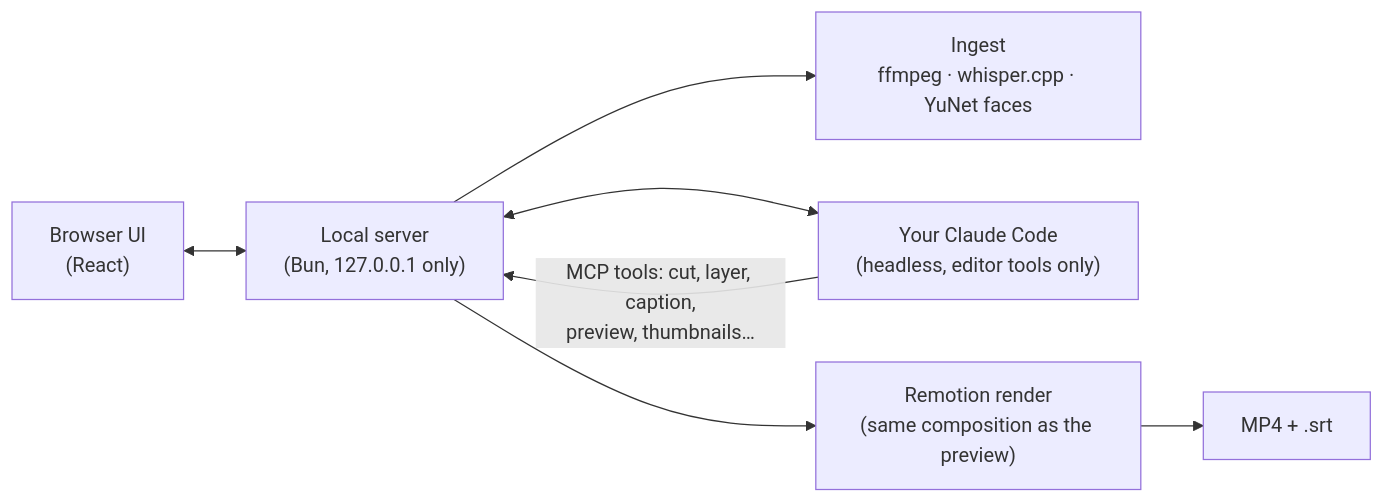
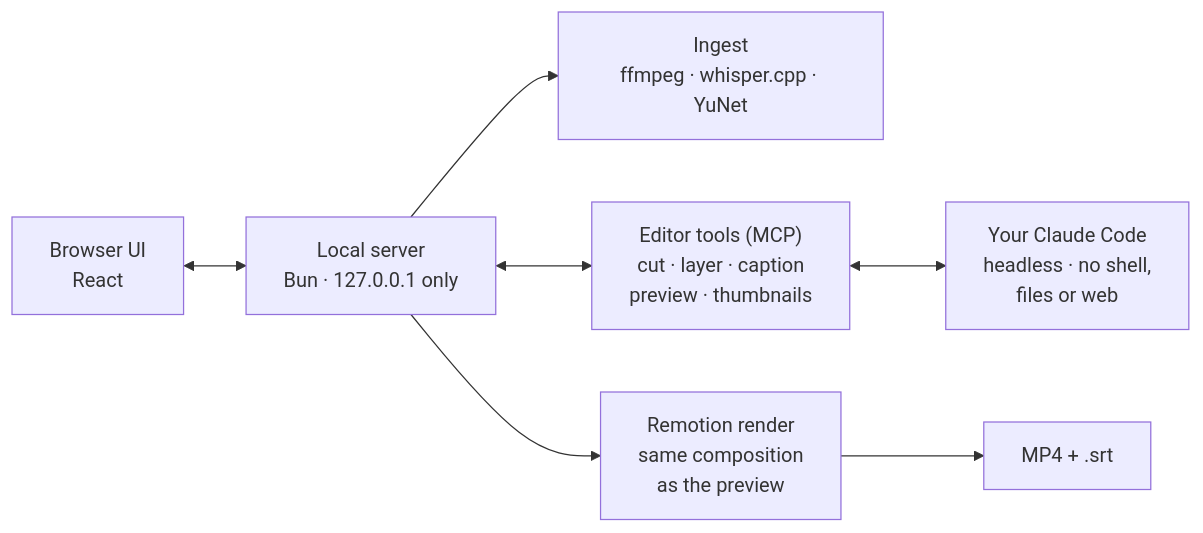
The diagram in README.md (haidermoulay3mk/local-ai-video-editor), drawn with Mermaid before and after one commit. The commit also changed other lines of this file and 5 other files, not shown here.

Commit message:
README: demo GIF, sharper showcase, clearer diagram; issue forms

````diff
--- a/README.md
+++ b/README.md
@@ -32,9 +37,9 @@
 ```mermaid
 flowchart LR
-  UI["Browser UI<br/>(React)"] <--> S["Local server<br/>(Bun, 127.0.0.1 only)"]
-  S --> I["Ingest<br/>ffmpeg · whisper.cpp · YuNet faces"]
-  S <--> C["Your Claude Code<br/>(headless, editor tools only)"]
-  C -->|"MCP tools: cut, layer, caption,<br/>preview, thumbnails…"| S
-  S --> R["Remotion render<br/>(same composition as the preview)"]
+  UI["Browser UI<br/>React"] <--> S["Local server<br/>Bun · 127.0.0.1 only"]
+  S --> I["Ingest<br/>ffmpeg · whisper.cpp · YuNet"]
+  S <--> T["Editor tools (MCP)<br/>cut · layer · caption<br/>preview · thumbnails"]
+  T <--> C["Your Claude Code<br/>headless · no shell,<br/>files or web"]
+  S --> R["Remotion render<br/>same composition<br/>as the preview"]
   R --> E["MP4 + .srt"]
 ```
````
